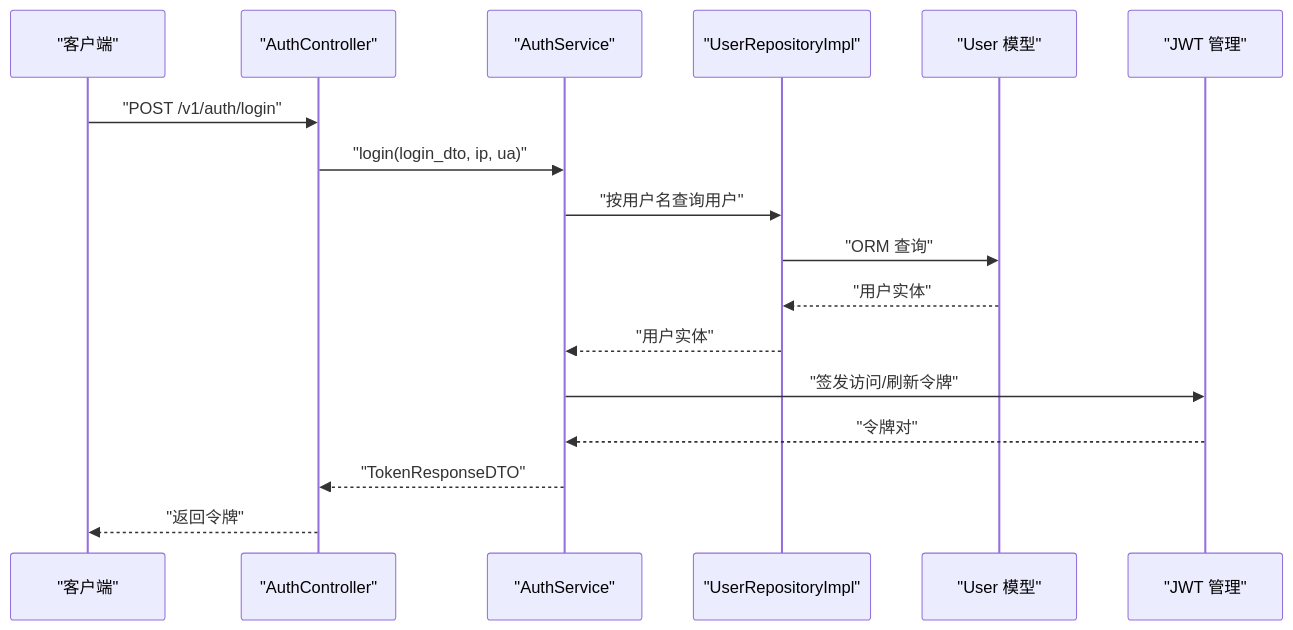
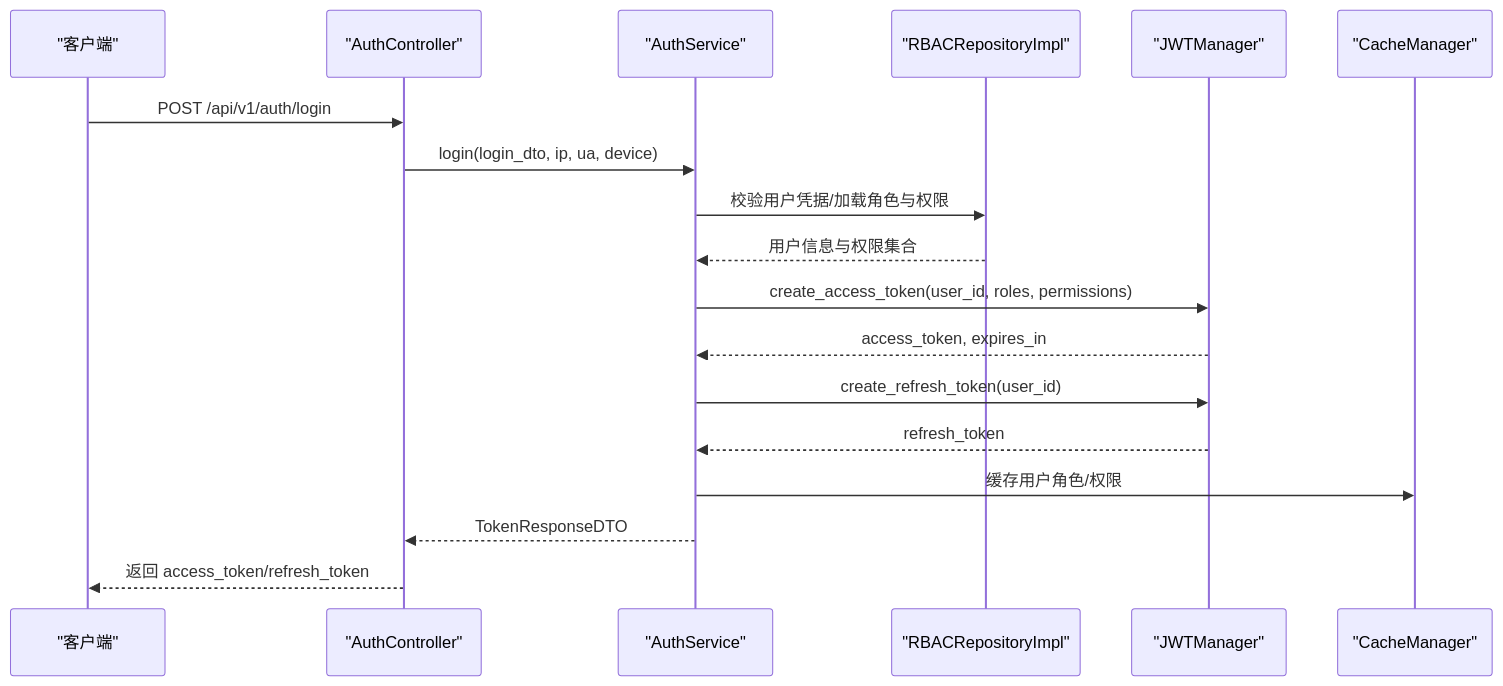
One commit to taoweidong/Hello-Django-Ninja-Api changed the third of 7 diagrams in .qoder/repowiki/zh/content/项目概述.md. Above: the diagram before and after it, drawn with Mermaid. The commit also changed other lines of this file and 106 other files, not shown here.

````diff
--- a/.qoder/repowiki/zh/content/项目概述.md
+++ b/.qoder/repowiki/zh/content/项目概述.md
@@ -193,19 +170,20 @@
 ```mermaid
 sequenceDiagram
-participant Client as "客户端"
+participant C as "客户端"
 participant Ctrl as "AuthController"
 participant Svc as "AuthService"
-participant Repo as "UserRepositoryImpl"
-participant Model as "User 模型"
-participant JWT as "JWT 管理"
-Client->>Ctrl : "POST /v1/auth/login"
-Ctrl->>Svc : "login(login_dto, ip, ua)"
-Svc->>Repo : "按用户名查询用户"
-Repo->>Model : "ORM 查询"
-Model-->>Repo : "用户实体"
-Repo-->>Svc : "用户实体"
-Svc->>JWT : "签发访问/刷新令牌"
-JWT-->>Svc : "令牌对"
-Svc-->>Ctrl : "TokenResponseDTO"
-Ctrl-->>Client : "返回令牌"
+participant Repo as "RBACRepositoryImpl"
+participant JWT as "JWTManager"
+participant Cache as "CacheManager"
+C->>Ctrl : POST /api/v1/auth/login
+Ctrl->>Svc : login(login_dto, ip, ua, device)
+Svc->>Repo : 校验用户凭据/加载角色与权限
+Repo-->>Svc : 用户信息与权限集合
+Svc->>JWT : create_access_token(user_id, roles, permissions)
+JWT-->>Svc : access_token, expires_in
+Svc->>JWT : create_refresh_token(user_id)
+JWT-->>Svc : refresh_token
+Svc->>Cache : 缓存用户角色/权限
+Svc-->>Ctrl : TokenResponseDTO
+Ctrl-->>C : 返回 access_token/refresh_token
 ```
````
